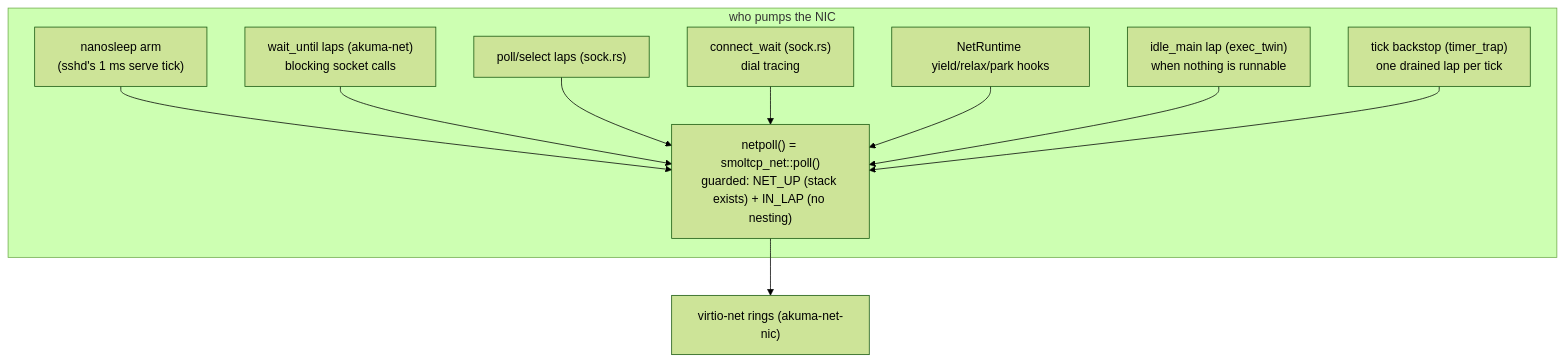
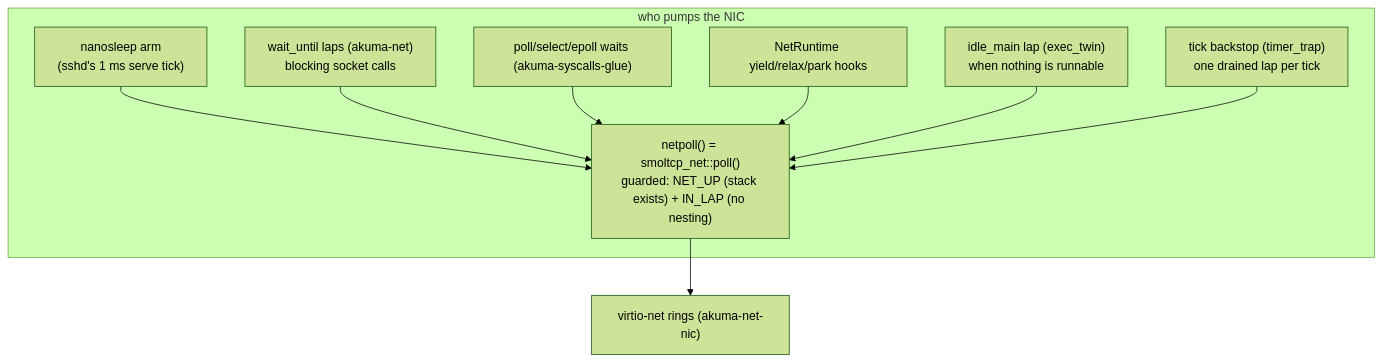
Before and after one commit to netoneko/akuma: the diagram in taoxichuan/docs/reference/devices.md, drawn with Mermaid (forest theme). The commit also changed 10 other files, not shown here.

First line of the commit message:
taoxichuan: delete the private fd model - sock.rs, pipes.rs, epoll.rs, OpenFile, 69 dispatch arms (11,447 -> 7,222 lines)

````diff
--- a/taoxichuan/docs/reference/devices.md
+++ b/taoxichuan/docs/reference/devices.md
@@ -78,13 +78,12 @@
 ```mermaid
 flowchart TD
     subgraph who pumps the NIC
         A["nanosleep arm<br/>(sshd's 1 ms serve tick)"] --> P
         B["wait_until laps (akuma-net)<br/>blocking socket calls"] --> P
-        C["poll/select laps (sock.rs)"] --> P
-        D["connect_wait (sock.rs)<br/>dial tracing"] --> P
+        C["poll/select/epoll waits (akuma-syscalls-glue)"] --> P
         E["NetRuntime yield/relax/park hooks"] --> P
         F["idle_main lap (exec_twin)<br/>when nothing is runnable"] --> P
         G["tick backstop (timer_trap)<br/>one drained lap per tick"] --> P
     end
     P["netpoll() = smoltcp_net::poll()<br/>guarded: NET_UP (stack exists) + IN_LAP (no nesting)"] --> NIC["virtio-net rings (akuma-net-nic)"]
 ```
````
